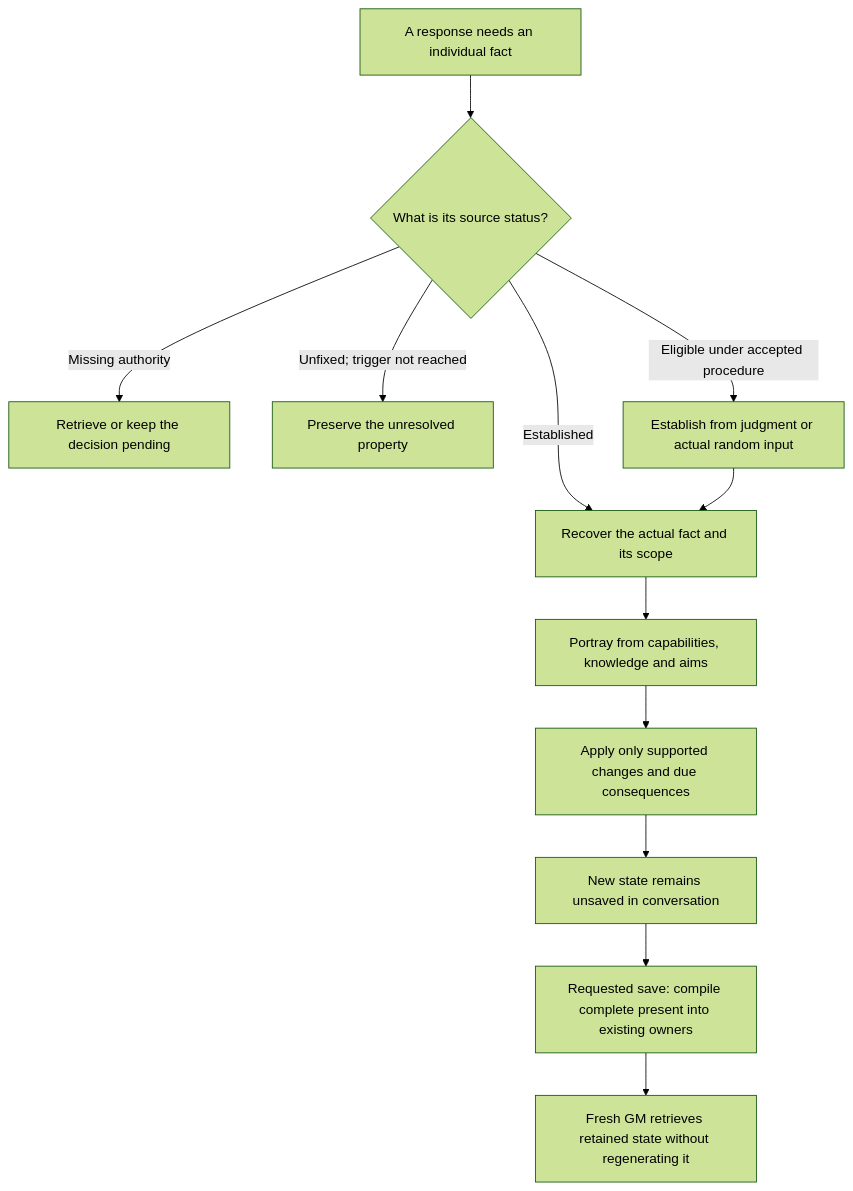
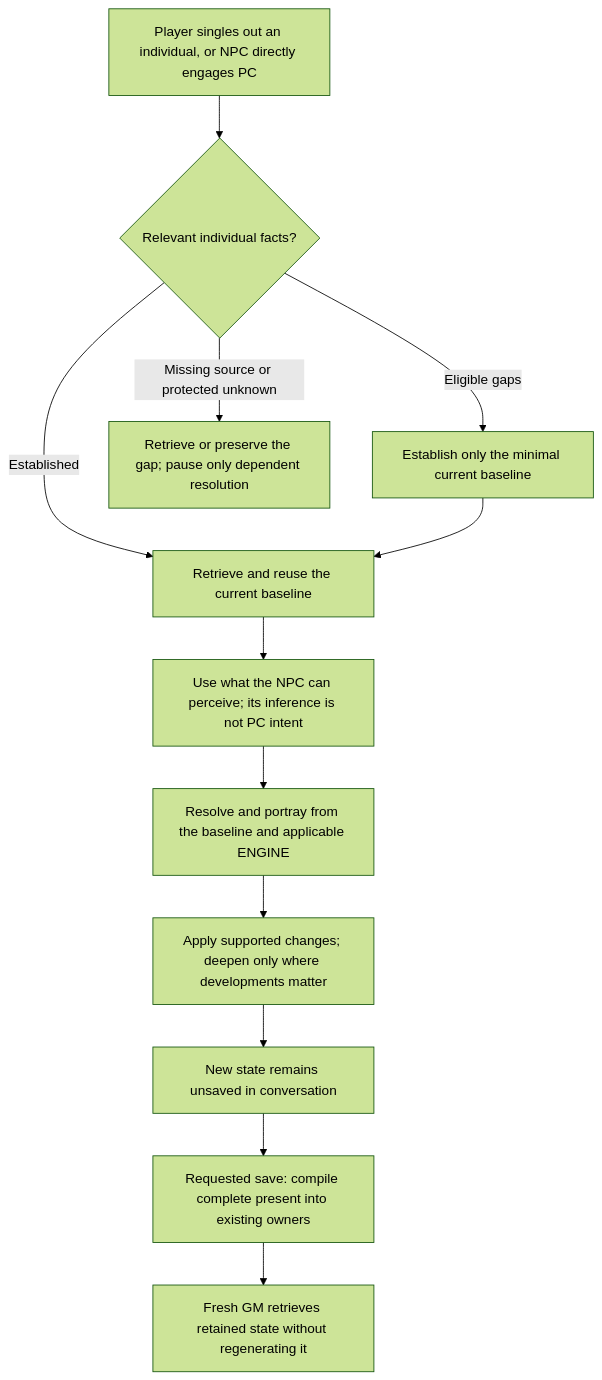
Before and after one commit to croatianrdy2defend-create/RPG-OS: the fourth of 9 diagrams in MECHANICS.md, drawn with Mermaid (forest theme). The commit also changed other lines of this file and 26 other files, not shown here.

````diff
--- a/MECHANICS.md
+++ b/MECHANICS.md
@@ -149,14 +161,14 @@
 ```mermaid
 flowchart TD
-    agentNeed["A response needs an individual fact"] --> agentSource{"What is its source status?"}
-    agentSource -->|"Established"| agentUse["Recover the actual fact and its scope"]
-    agentSource -->|"Missing authority"| agentFind["Retrieve or keep the decision pending"]
-    agentSource -->|"Unfixed; trigger not reached"| agentOpen["Preserve the unresolved property"]
-    agentSource -->|"Eligible under accepted procedure"| agentEstablish["Establish from judgment or actual random input"]
+    agentFocus["Player singles out an individual, or NPC directly engages PC"] --> agentSource{"Relevant individual facts?"}
+    agentSource -->|"Established"| agentUse["Retrieve and reuse the current baseline"]
+    agentSource -->|"Eligible gaps"| agentEstablish["Establish only the minimal current baseline"]
+    agentSource -->|"Missing source or protected unknown"| agentGap["Retrieve or preserve the gap; pause only dependent resolution"]
     agentEstablish --> agentUse
-    agentUse --> agentPortray["Portray from capabilities, knowledge and aims"]
-    agentPortray --> agentCause["Apply only supported changes and due consequences"]
+    agentUse --> agentPerceive["Use what the NPC can perceive; its inference is not PC intent"]
+    agentPerceive --> agentResolve["Resolve and portray from the baseline and applicable ENGINE"]
+    agentResolve --> agentCause["Apply supported changes; deepen only where developments matter"]
     agentCause --> agentChat["New state remains unsaved in conversation"]
     agentChat --> agentSave["Requested save: compile complete present into existing owners"]
     agentSave --> agentResume["Fresh GM retrieves retained state without regenerating it"]
 ```
````
